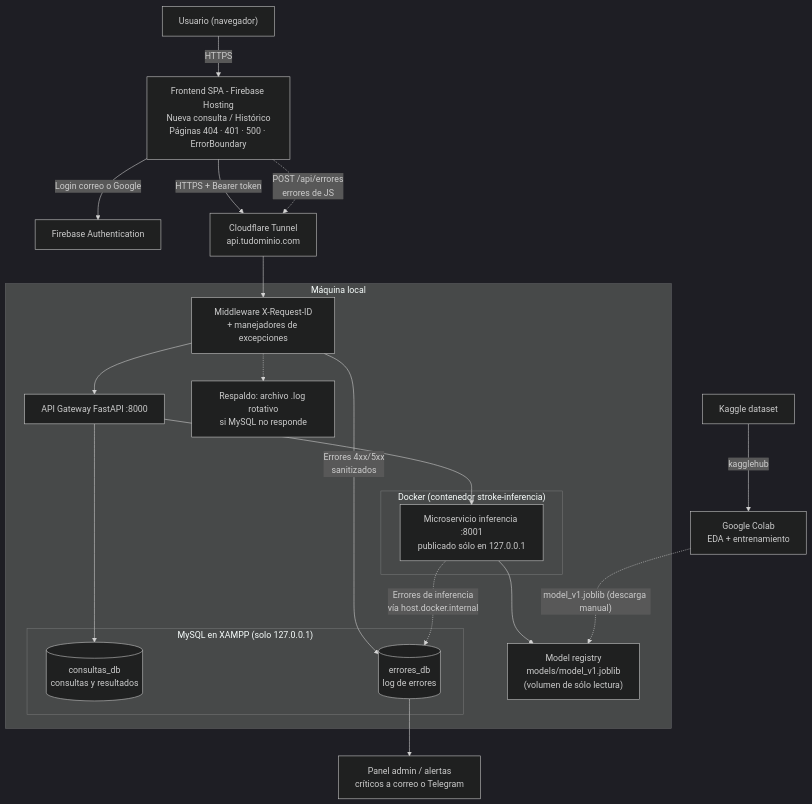
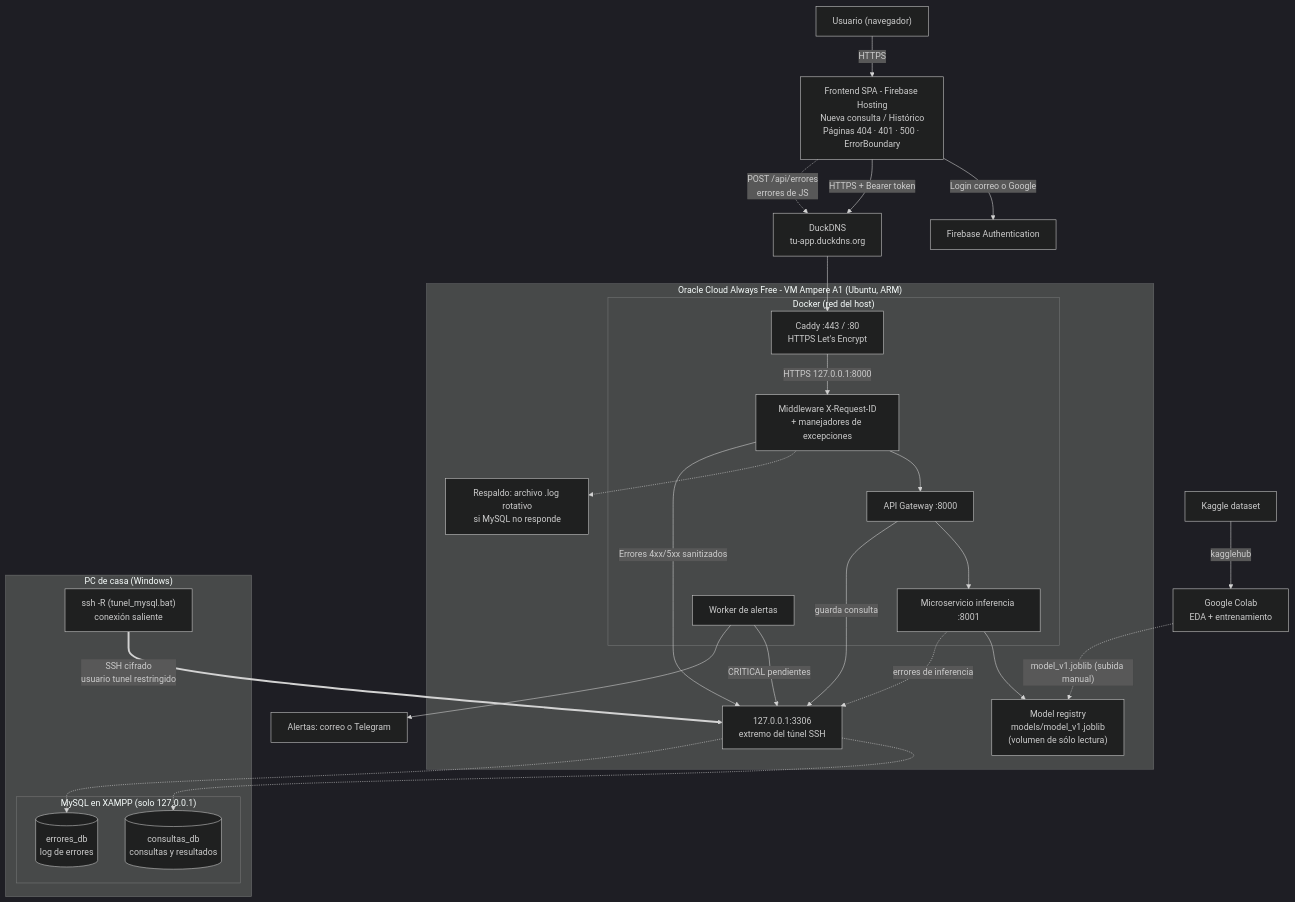
One commit to chavmoreno/APP_HIBRIDA changed the first of 2 diagrams in docs/arquitectura.md. Above: the diagram before and after it, drawn with Mermaid (dark theme). The commit also changed other lines of this file and 40 other files, not shown here.

First line of the commit message:
Backend en Oracle Cloud Always Free con Caddy + DuckDNS; sólo XAMPP queda local

````diff
--- a/docs/arquitectura.md
+++ b/docs/arquitectura.md
@@ -11,30 +10,40 @@
 ```mermaid
 flowchart TD
   U["Usuario (navegador)"] -->|HTTPS| FE["Frontend SPA - Firebase Hosting<br/>Nueva consulta / Histórico<br/>Páginas 404 · 401 · 500 · ErrorBoundary"]
   FE -->|"Login correo o Google"| FA["Firebase Authentication"]
-  FE -->|"HTTPS + Bearer token"| CF["Cloudflare Tunnel<br/>api.tudominio.com"]
-  FE -.->|"POST /api/errores<br/>errores de JS"| CF
-  subgraph LOCAL["Máquina local"]
-    MW["Middleware X-Request-ID<br/>+ manejadores de excepciones"]
-    API["API Gateway FastAPI :8000"]
-    subgraph DOCKER["Docker (contenedor stroke-inferencia)"]
-      MS["Microservicio inferencia :8001<br/>publicado sólo en 127.0.0.1"]
+  FE -->|"HTTPS + Bearer token"| DNS["DuckDNS<br/>tu-app.duckdns.org"]
+  FE -.->|"POST /api/errores<br/>errores de JS"| DNS
+  subgraph OCI["Oracle Cloud Always Free - VM Ampere A1 (Ubuntu, ARM)"]
+    subgraph DOCKER["Docker (red del host)"]
+      CAD["Caddy :443 / :80<br/>HTTPS Let's Encrypt"]
+      MW["Middleware X-Request-ID<br/>+ manejadores de excepciones"]
+      API["API Gateway :8000"]
+      MS["Microservicio inferencia :8001"]
+      AL["Worker de alertas"]
     end
     MR["Model registry<br/>models/model_v1.joblib<br/>(volumen de sólo lectura)"]
+    FB["Respaldo: archivo .log rotativo<br/>si MySQL no responde"]
+    T["127.0.0.1:3306<br/>extremo del túnel SSH"]
+    CAD -->|"HTTPS 127.0.0.1:8000"| MW --> API
+    API --> MS --> MR
+    MW -.-> FB
+  end
+  subgraph CASA["PC de casa (Windows)"]
+    SSH["ssh -R (tunel_mysql.bat)<br/>conexión saliente"]
     subgraph XAMPP["MySQL en XAMPP (solo 127.0.0.1)"]
       DB2[("consultas_db<br/>consultas y resultados")]
       DB4[("errores_db<br/>log de errores")]
     end
-    FB["Respaldo: archivo .log rotativo<br/>si MySQL no responde"]
-    MW --> API
-    API --> MS --> MR
-    API --> DB2
-    MW -->|"Errores 4xx/5xx<br/>sanitizados"| DB4
-    MS -.->|"Errores de inferencia<br/>vía host.docker.internal"| DB4
-    MW -.-> FB
   end
-  CF --> MW
-  DB4 --> ADM["Panel admin / alertas<br/>críticos a correo o Telegram"]
-  COLAB["Google Colab<br/>EDA + entrenamiento"] -. "model_v1.joblib (descarga manual)" .-> MR
+  DNS --> CAD
+  SSH ==>|"SSH cifrado<br/>usuario tunel restringido"| T
+  API -->|guarda consulta| T
+  MW -->|"Errores 4xx/5xx sanitizados"| T
+  MS -.->|errores de inferencia| T
+  AL -->|CRITICAL pendientes| T
+  T -.-> DB2
+  T -.-> DB4
+  AL --> ADM["Alertas: correo o Telegram"]
+  COLAB["Google Colab<br/>EDA + entrenamiento"] -. "model_v1.joblib (subida manual)" .-> MR
   KG["Kaggle dataset"] -->|kagglehub| COLAB
 ```
````
